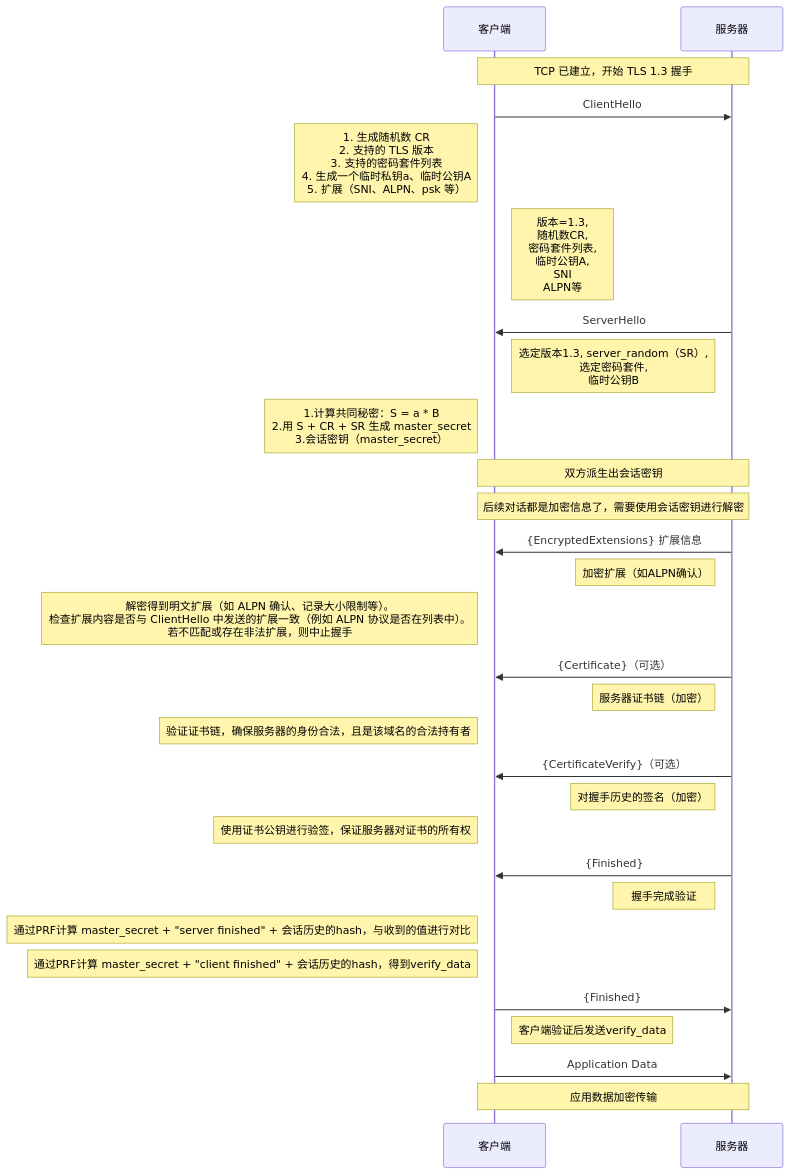
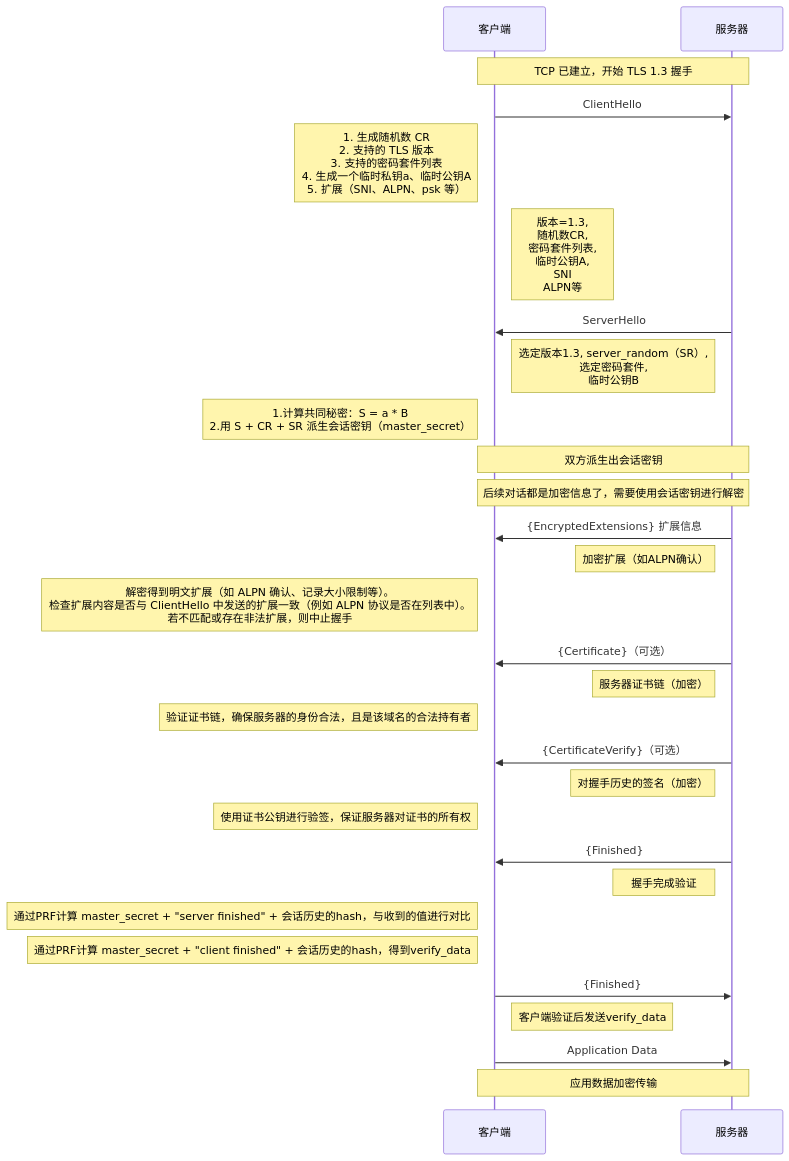
Before and after one commit to HY-10-8/iodraw-files: the diagram in all/TLS-1.3-通用.md, drawn with Mermaid.

Commit message:
2026-03-31 09:25:45 update

````diff
--- a/all/TLS-1.3-通用.md
+++ b/all/TLS-1.3-通用.md
@@ -1,41 +1,41 @@
 ```mermaid
 sequenceDiagram
     participant C as 客户端
     participant S as 服务器
 
     Note over C,S: TCP 已建立，开始 TLS 1.3 握手
 
     C->>S: ClientHello
     Note left of C: 1. 生成随机数 CR<br/> 2. 支持的 TLS 版本<br/> 3. 支持的密码套件列表<br/> 4. 生成一个临时私钥a、临时公钥A<br/> 5. 扩展（SNI、ALPN、psk 等）
     Note right of C: 版本=1.3,<br/> 随机数CR,<br/> 密码套件列表,<br/> 临时公钥A,<br/> SNI<br/> ALPN等
 
     S->>C: ServerHello
     Note left of S: 选定版本1.3, server_random（SR）,<br/> 选定密码套件, <br/>临时公钥B
-    Note left of C: 1.计算共同秘密：S = a * B<br/> 2.用 S + CR + SR 生成 master_secret<br/> 3.会话密钥（master_secret）
+    Note left of C: 1.计算共同秘密：S = a * B<br/> 2.用 S + CR + SR 派生会话密钥（master_secret）
 
     Note over C,S: 双方派生出会话密钥
     Note over C,S: 后续对话都是加密信息了，需要使用会话密钥进行解密
 
     S->>C: {EncryptedExtensions} 扩展信息
     Note left of S: 加密扩展（如ALPN确认）
     Note left of C: 解密得到明文扩展（如 ALPN 确认、记录大小限制等）。<br/>检查扩展内容是否与 ClientHello 中发送的扩展一致（例如 ALPN 协议是否在列表中）。<br/> 若不匹配或存在非法扩展，则中止握手
 
     S->>C: {Certificate}（可选）
     Note left of S: 服务器证书链（加密）
     Note left of C: 验证证书链，确保服务器的身份合法，且是该域名的合法持有者
 
     S->>C: {CertificateVerify}（可选）
     Note left of S: 对握手历史的签名（加密）
     Note left of C: 使用证书公钥进行验签，保证服务器对证书的所有权
 
     S->>C: {Finished}
     Note left of S: 握手完成验证
     Note left of C: 通过PRF计算 master_secret + "server finished" + 会话历史的hash，与收到的值进行对比
     Note left of C: 通过PRF计算 master_secret + "client finished" + 会话历史的hash，得到verify_data
 
     C->>S: {Finished}
     Note right of C: 客户端验证后发送verify_data
 
     C->>S: Application Data
     Note over C,S: 应用数据加密传输
 ```
````
